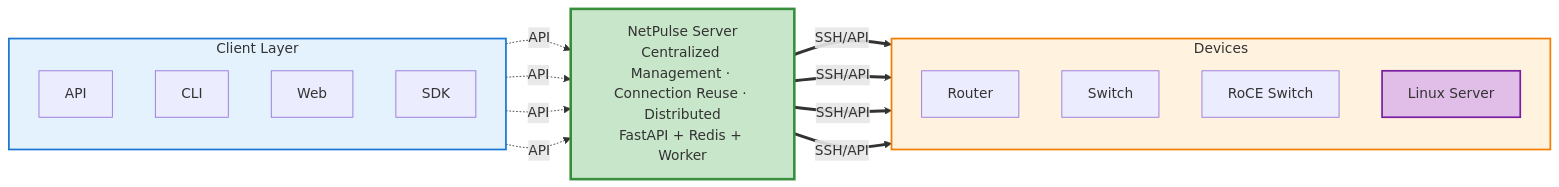
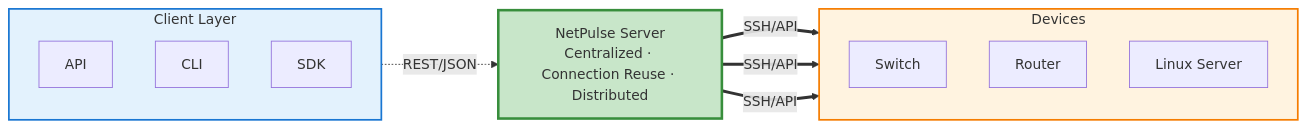
The diagram in docs/en/index.md (scitix/netpulse), drawn with Mermaid before and after one commit. The commit also changed other lines of this file and 58 other files, not shown here.

````diff
--- a/docs/en/index.md
+++ b/docs/en/index.md
@@ -11,35 +7,27 @@
 ```mermaid
 flowchart LR
-    subgraph Clients[Client Layer<br/>]
+    subgraph Clients[Client Layer]
         direction TB
         API[API]
         CLI[CLI]
-        Web[Web]
         SDK[SDK]
     end
-    
-    NetPulse[NetPulse Server<br/>Centralized Management · Connection Reuse · Distributed<br/>FastAPI + Redis + Worker]
-    
-    subgraph Devices[Devices<br/>]
+
+    NetPulse[NetPulse Server<br/>Centralized · Connection Reuse · Distributed]
+
+    subgraph Devices[Devices]
         direction TB
-        Router1[Router]
-        Switch1[Switch]
-        RoCESwitch[RoCE Switch]
+        Switch[Switch]
+        Router[Router]
         Linux[Linux Server]
     end
-    
-    API -.->|API| NetPulse
-    CLI -.->|API| NetPulse
-    Web -.->|API| NetPulse
-    SDK -.->|API| NetPulse
-    
-    NetPulse ==>|SSH/API| Router1
-    NetPulse ==>|SSH/API| Switch1
-    NetPulse ==>|SSH/API| RoCESwitch
+
+    Clients -.->|REST/JSON| NetPulse
+    NetPulse ==>|SSH/API| Switch
+    NetPulse ==>|SSH/API| Router
     NetPulse ==>|SSH/API| Linux
-    
+
     style Clients fill:#E3F2FD,stroke:#1976D2,stroke-width:2px
     style NetPulse fill:#C8E6C9,stroke:#388E3C,stroke-width:3px
     style Devices fill:#FFF3E0,stroke:#F57C00,stroke-width:2px
-    style Linux fill:#E1BEE7,stroke:#7B1FA2,stroke-width:2px
 ```
````
